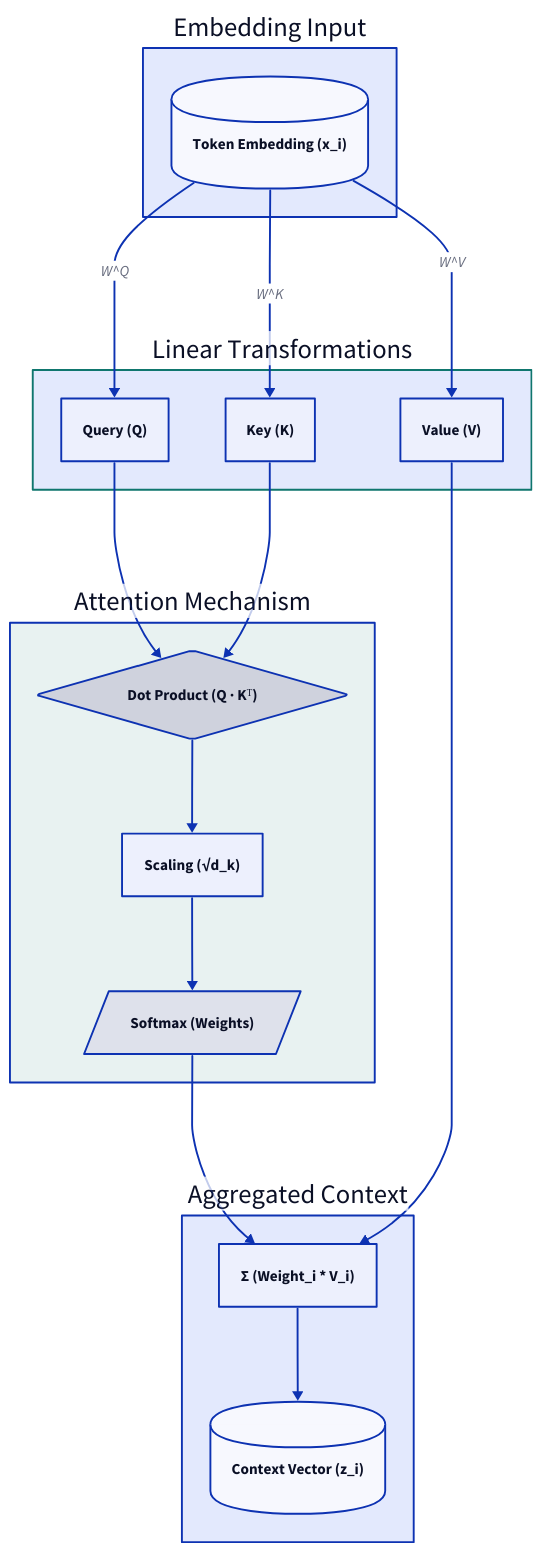
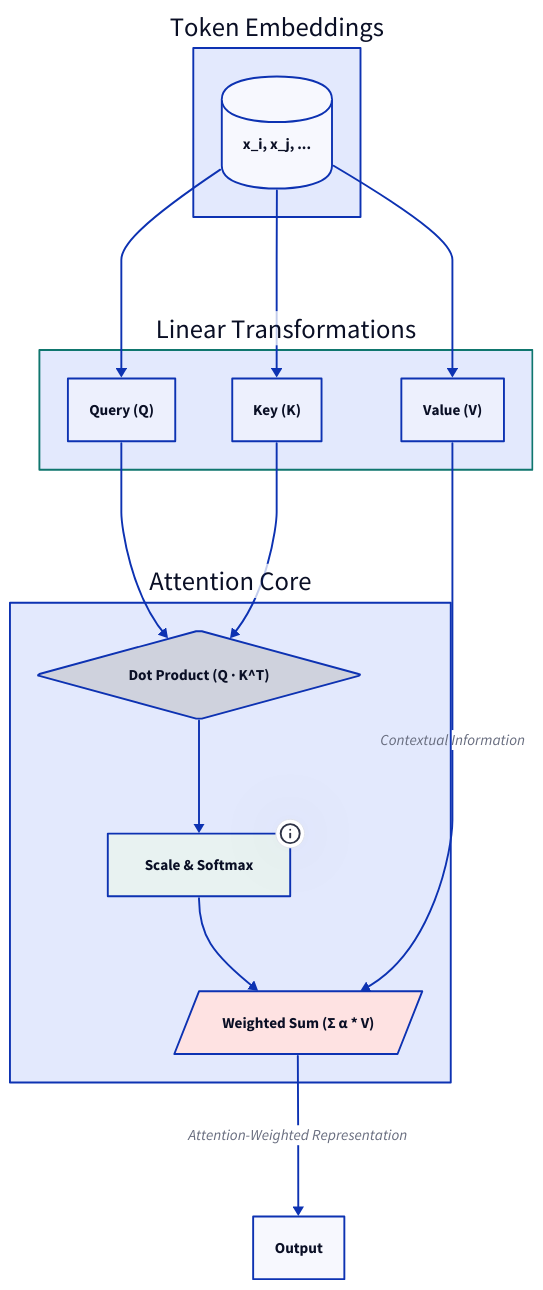
The diagram in content/articles/self-attention-mechanism.md (s-chudmunge/eulerfold), drawn with D2 before and after one commit. The commit also changed 5 other files, not shown here.

````diff
--- a/content/articles/self-attention-mechanism.md
+++ b/content/articles/self-attention-mechanism.md
@@ -26,45 +26,41 @@
 ```d2
 direction: down
 
-Inputs: "Embedding Input" {
-  x: "Token Embedding (x_i)" {
-    shape: cylinder
-  }
+Inputs: "Token Embeddings" {
+  x: "x_i, x_j, ..." {shape: cylinder}
 }
 
 Projections: "Linear Transformations" {
   style: {
-    stroke: "#0F766E"
+    stroke: "#0f766e"
     stroke-width: 2
   }
-  Q: "Query (Q)" {shape: rectangle}
-  K: "Key (K)" {shape: rectangle}
-  V: "Value (V)" {shape: rectangle}
+  Q: "Query (Q)"
+  K: "Key (K)"
+  V: "Value (V)"
 }
 
-Calculation: "Attention Mechanism" {
-  style: {
-    fill: "#e8f2f1"
+Mechanism: "Attention Core" {
+  Score: "Dot Product (Q · K^T)" {shape: diamond}
+  Scale: "Scale & Softmax" {
+    style: {fill: "#e8f2f1"}
+    tooltip: "Normalizing scores to sum to 1.0"
   }
-  Score: "Dot Product (Q · Kᵀ)" {shape: diamond}
-  Scale: "Scaling (√d_k)"
-  Prob: "Softmax (Weights)" {shape: parallelogram}
+  Agg: "Weighted Sum (Σ α * V)" {
+    shape: parallelogram
+    style: {fill: "#fee2e2"}
+  }
   
-  Score -> Scale -> Prob
+  Score -> Scale -> Agg
 }
 
-Output_Stage: "Aggregated Context" {
-  Sum: "Σ (Weight_i * V_i)"
-  Z: "Context Vector (z_i)" {shape: cylinder}
-  Sum -> Z
-}
+Inputs.x -> Projections.Q
+Inputs.x -> Projections.K
+Inputs.x -> Projections.V
 
-Inputs.x -> Projections.Q: "W^Q"
-Inputs.x -> Projections.K: "W^K"
-Inputs.x -> Projections.V: "W^V"
+Projections.Q -> Mechanism.Score
+Projections.K -> Mechanism.Score
+Projections.V -> Mechanism.Agg: "Contextual Information"
 
-Projections.Q -> Calculation.Score
-Projections.K -> Calculation.Score
-Calculation.Prob -> Output_Stage.Sum
-Projections.V -> Output_Stage.Sum
+Mechanism.Agg -> Output: "Attention-Weighted Representation"
 ```
````
